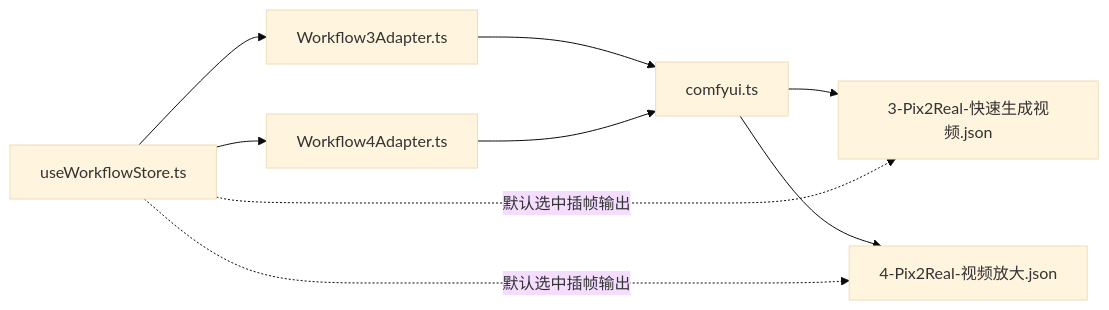
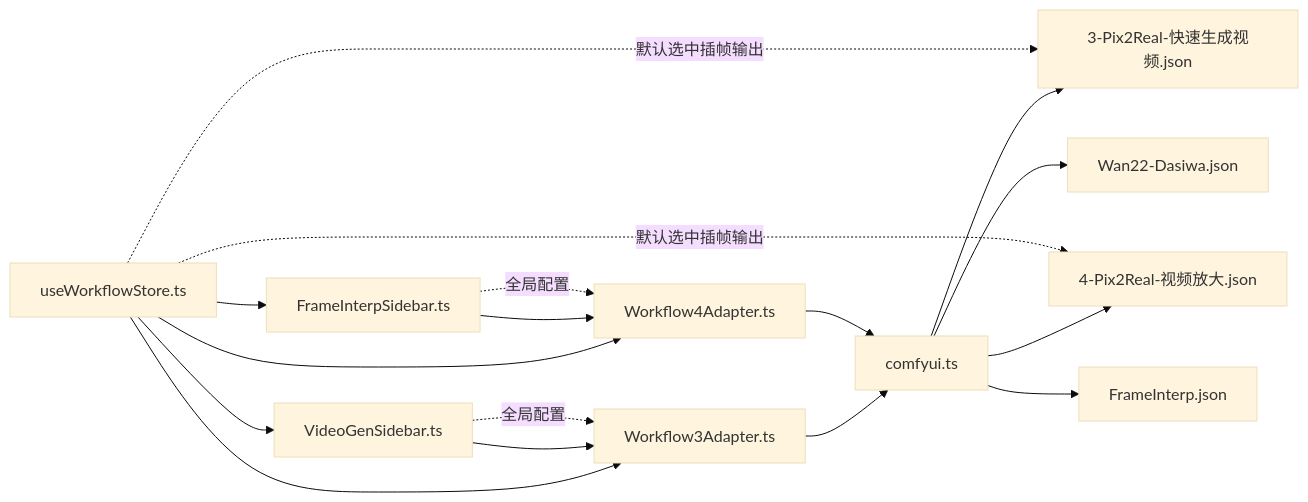
Before and after one commit to billye220670/CorineKit_Pix2Real: the eighth of 8 diagrams in .qoder/repowiki/zh/content/视频处理工作流.md, drawn with Mermaid (base theme). The commit also changed other lines of this file and 11 other files, not shown here.

````diff
--- a/.qoder/repowiki/zh/content/视频处理工作流.md
+++ b/.qoder/repowiki/zh/content/视频处理工作流.md
@@ -276,11 +406,19 @@
 ```mermaid
 graph LR
 Store["useWorkflowStore.ts"] --> Adapter3["Workflow3Adapter.ts"]
 Store --> Adapter4["Workflow4Adapter.ts"]
+Store --> VideoGen["VideoGenSidebar.ts"]
+Store --> FrameInterp["FrameInterpSidebar.ts"]
 Adapter3 --> Comfy["comfyui.ts"]
 Adapter4 --> Comfy
+VideoGen --> Adapter3
+FrameInterp --> Adapter4
 Comfy --> WF3["3-Pix2Real-快速生成视频.json"]
 Comfy --> WF4["4-Pix2Real-视频放大.json"]
+Comfy --> Dasiwa["Wan22-Dasiwa.json"]
+Comfy --> FrameInt["FrameInterp.json"]
 Store -.->|默认选中插帧输出| WF3
 Store -.->|默认选中插帧输出| WF4
+VideoGen -.->|全局配置| Adapter3
+FrameInterp -.->|全局配置| Adapter4
 ```
````
